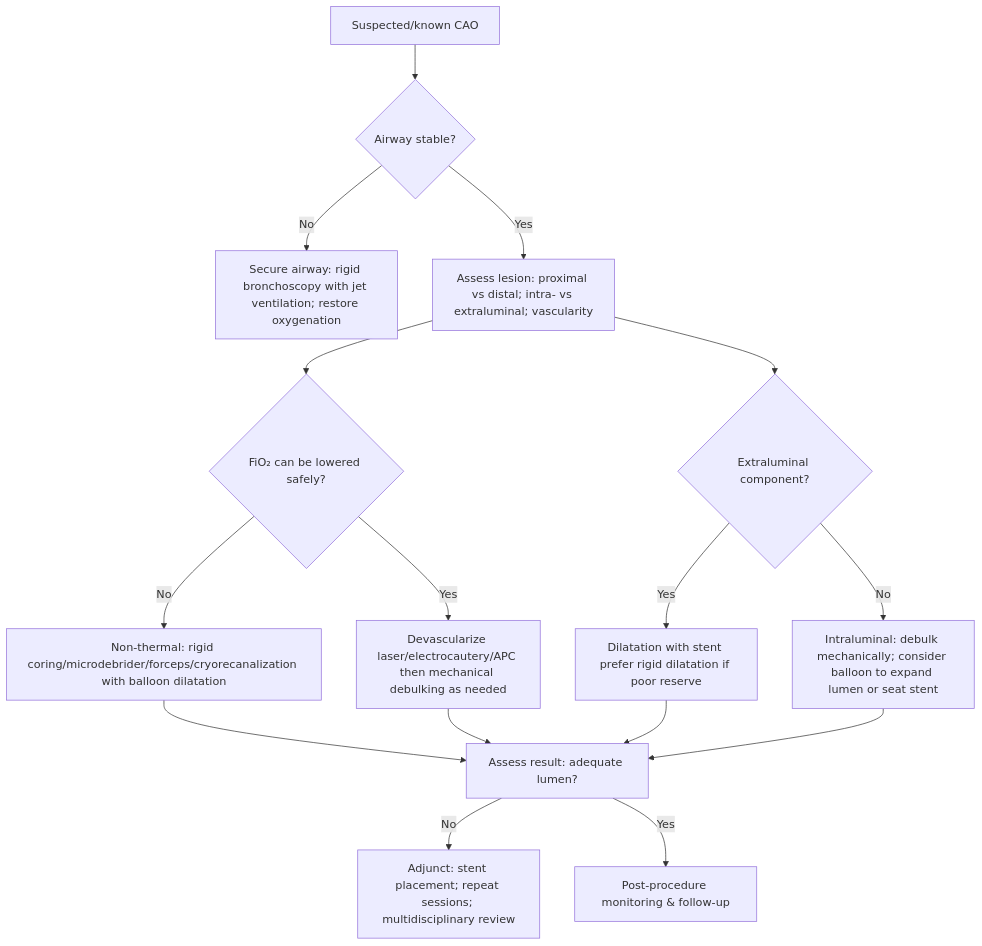
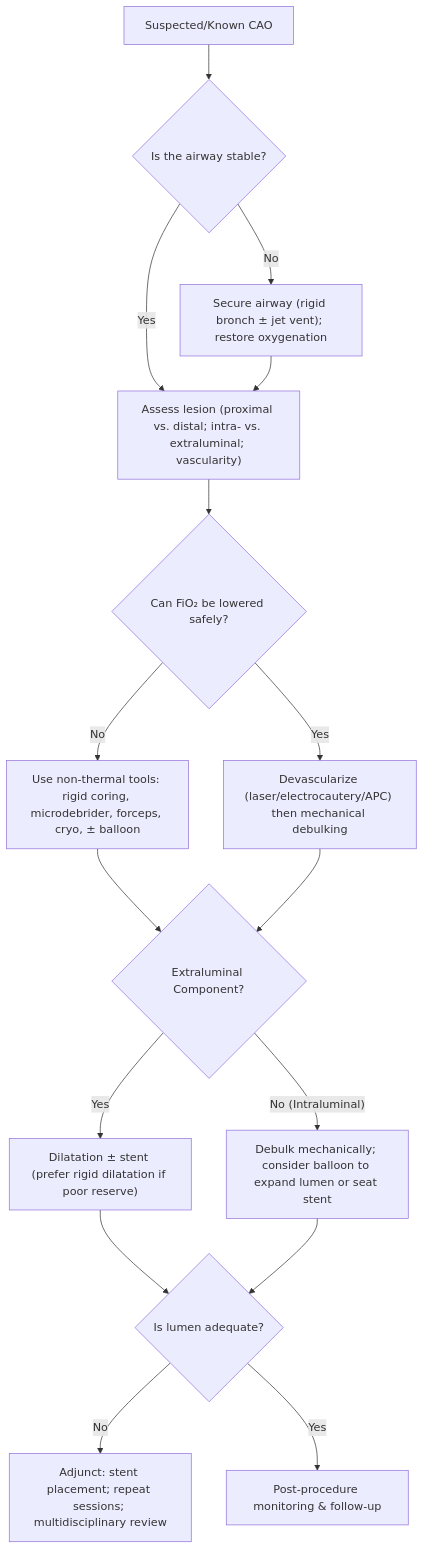
The first of 2 diagrams in content/modules/board/mechanical-debridement-and-balloon-dilitation.mdx (russellmiller49/Interventional-Pulm-Education-Project), drawn with Mermaid before and after one commit. The commit also changed other lines of this file and 45 other files, not shown here.

````diff
--- a/content/modules/board/mechanical-debridement-and-balloon-dilitation.mdx
+++ b/content/modules/board/mechanical-debridement-and-balloon-dilitation.mdx
@@ -239,18 +147,18 @@
 ```mermaid
-flowchart TD
-A[Suspected/known CAO] --> B{Airway stable?}
-B -->|No| C[Secure airway: rigid bronchoscopy with jet ventilation; restore oxygenation]
-B -->|Yes| D[Assess lesion: proximal vs distal; intra‑ vs extraluminal; vascularity]
-D --> E{FiO₂ can be lowered safely?}
-E -->|No| F[Non‑thermal: rigid coring/microdebrider/forceps/cryorecanalization with balloon dilatation]
-E -->|Yes| G[Devascularize laser/electrocautery/APC then mechanical debulking as needed]
-D --> H{Extraluminal component?}
-H -->|Yes| I[Dilatation with stent prefer rigid dilatation if poor reserve]
-H -->|No| J[Intraluminal: debulk mechanically; consider balloon to expand lumen or seat stent]
-F --> K[Assess result: adequate lumen?]
-G --> K
-I --> K
-J --> K
-K -->|No| L[Adjunct: stent placement; repeat sessions; multidisciplinary review]
-K -->|Yes| M[Post‑procedure monitoring & follow‑up]
+graph TD
+        Start["Suspected/Known CAO"] --> Stable{"Is the airway stable?"}
+        Stable -- "No" --> Secure["Secure airway (rigid bronch ± jet vent); restore oxygenation"]
+        Stable -- "Yes" --> Assess["Assess lesion (proximal vs. distal; intra- vs. extraluminal; vascularity)"]
+        Secure --> Assess
+        Assess --> FiO2{"Can FiO₂ be lowered safely?"}
+        FiO2 -- "No" --> NonThermal["Use non-thermal tools: rigid coring, microdebrider, forceps, cryo, ± balloon"]
+        FiO2 -- "Yes" --> Thermal["Devascularize (laser/electrocautery/APC) then mechanical debulking"]
+        NonThermal --> Extra{"Extraluminal Component?"}
+        Thermal --> Extra
+        Extra -- "Yes" --> Dilate["Dilatation ± stent (prefer rigid dilatation if poor reserve)"]
+        Extra -- "No (Intraluminal)" --> Debulk["Debulk mechanically; consider balloon to expand lumen or seat stent"]
+        Dilate --> Result{"Is lumen adequate?"}
+        Debulk --> Result
+        Result -- "No" --> Adjunct["Adjunct: stent placement; repeat sessions; multidisciplinary review"]
+        Result -- "Yes" --> Monitor["Post-procedure monitoring & follow-up"]
 ```
````
